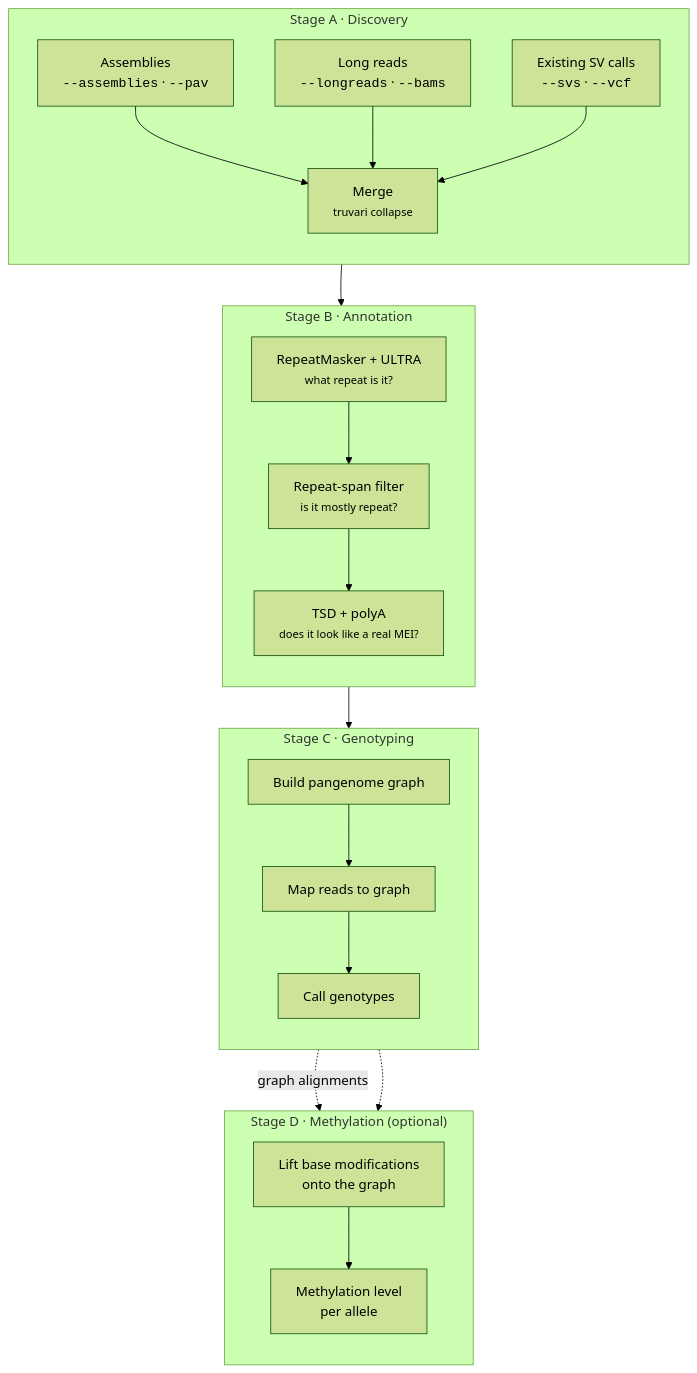
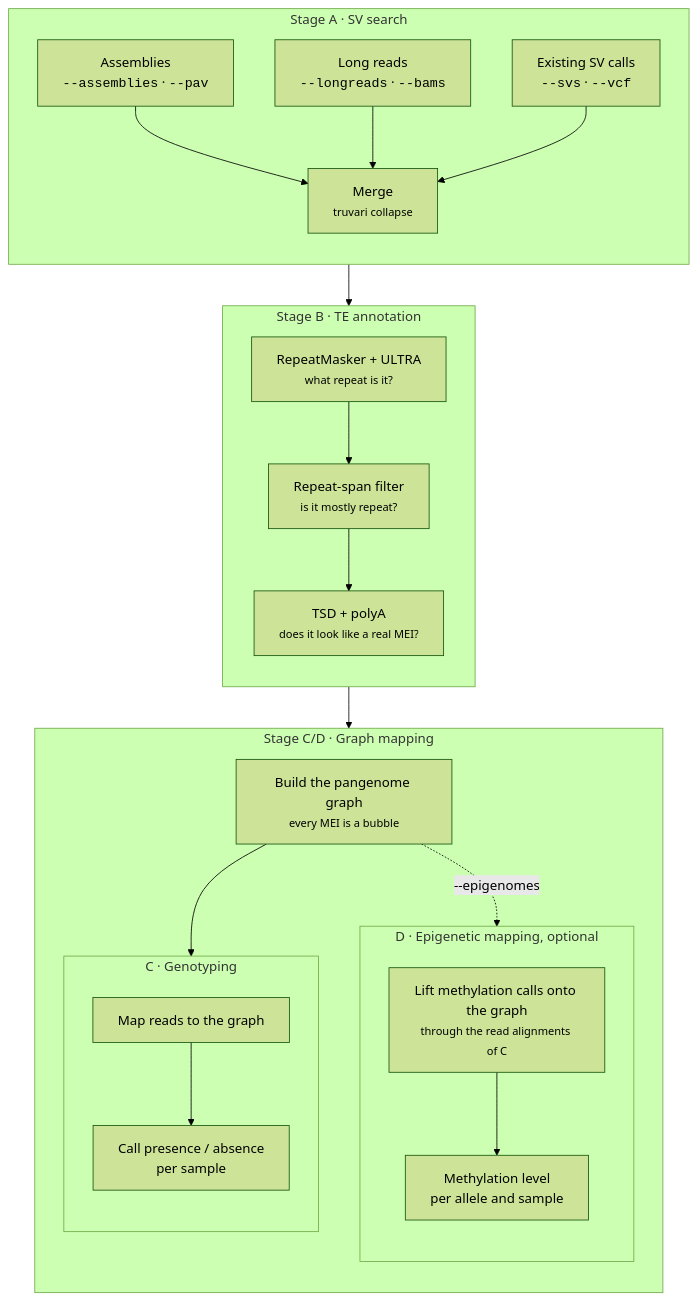
The diagram in docs/index.md (cgroza/GraffiTE), drawn with Mermaid (forest theme) before and after one commit. The commit also changed other lines of this file and 4 other files, not shown here.

First line of the commit message:
docs: outlined logo, and the stage chart laid out as on the HPRC poster

````diff
--- a/docs/index.md
+++ b/docs/index.md
@@ -35,42 +36,42 @@
 ```mermaid
 flowchart TB
-    subgraph A["Stage A · Discovery"]
+    subgraph A["Stage A · SV search"]
         direction TB
         A1["Assemblies<br/><code>--assemblies</code> · <code>--pav</code>"]
         A2["Long reads<br/><code>--longreads</code> · <code>--bams</code>"]
         A3["Existing SV calls<br/><code>--svs</code> · <code>--vcf</code>"]
         A1 --> AM["Merge<br/><small>truvari collapse</small>"]
         A2 --> AM
         A3 --> AM
     end
 
-    subgraph B["Stage B · Annotation"]
+    subgraph B["Stage B · TE annotation"]
         direction TB
         B1["RepeatMasker + ULTRA<br/><small>what repeat is it?</small>"]
         B2["Repeat-span filter<br/><small>is it mostly repeat?</small>"]
         B3["TSD + polyA<br/><small>does it look like a real MEI?</small>"]
         B1 --> B2 --> B3
     end
 
-    subgraph C["Stage C · Genotyping"]
+    subgraph G["Stage C/D · Graph mapping"]
         direction TB
-        C1["Build pangenome graph"]
-        C2["Map reads to graph"]
-        C3["Call genotypes"]
-        C1 --> C2 --> C3
-    end
-
-    subgraph D["Stage D · Methylation (optional)"]
-        direction TB
-        D1["Lift base modifications<br/>onto the graph"]
-        D2["Methylation level<br/>per allele"]
-        D1 --> D2
+        G0["Build the pangenome graph<br/><small>every MEI is a bubble</small>"]
+        subgraph D["D · Epigenetic mapping, optional"]
+            direction TB
+            D1["Lift methylation calls onto the graph<br/><small>through the read alignments of C</small>"]
+            D2["Methylation level<br/>per allele and sample"]
+            D1 --> D2
+        end
+        subgraph C["C · Genotyping"]
+            direction TB
+            C1["Map reads to the graph"]
+            C2["Call presence / absence<br/>per sample"]
+            C1 --> C2
+        end
+        G0 --> C1
+        G0 -.->|"--epigenomes"| D1
     end
 
     AM --> B1
-    B3 --> C1
-    C2 -.->|"graph alignments"| D1
-    C3 -.-> D2
-
-    A ~~~ B
+    B3 --> G0
 ```
````
